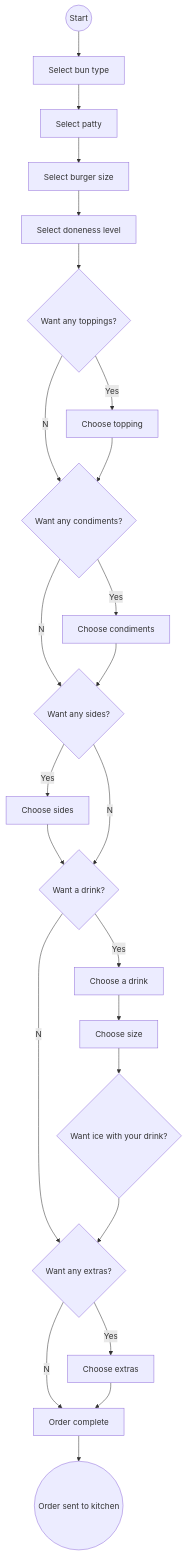
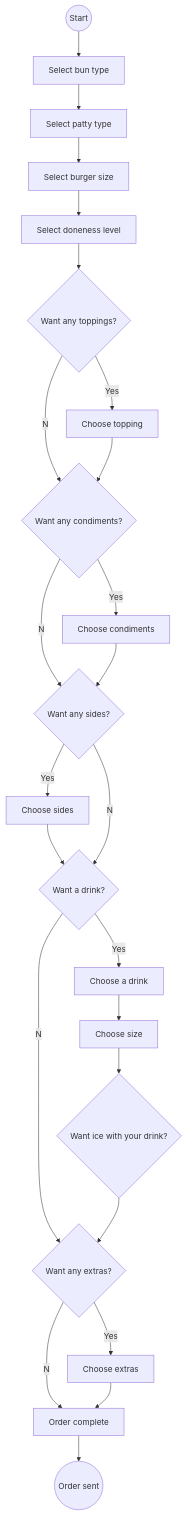
Before and after one commit to yusale9/student-showcase: the diagram in student-work/2023/Sergey-Boroditsky/api-final-project/readme.md, drawn with Mermaid.

````diff
--- a/student-work/2023/Sergey-Boroditsky/api-final-project/readme.md
+++ b/student-work/2023/Sergey-Boroditsky/api-final-project/readme.md
@@ -9,26 +9,26 @@
 ```mermaid
    flowchart TD
    A((Start))-->B[Select bun type]
-   B-->C[Select patty]
+   B-->C[Select patty type]
    C-->D[Select burger size]
    D-->E[Select doneness level]
    E-->F{Want any toppings?}
    F--No-->H{Want any condiments?}
    F--Yes-->G[Choose topping]
    G-->H{Want any condiments?}
    H--No-->J{Want any sides?>}
    H--Yes-->I[Choose condiments]
    I-->J{Want any sides?}
    J--Yes-->K[Choose sides]
    K-->L{Want a drink?}
    J--No-->L{Want a drink?}
    L--Yes-->M[Choose a drink]
    M-->N[Choose size]
    N-->O{Want ice with your drink?}
    L--No-->P{Want any extras?}
    O-->P{Want any extras?}
    P--Yes-->Q[Choose extras]
    P--No-->R[Order complete]
    Q-->R[Order complete]
-   R-->S((Order sent to kitchen))
+   R-->S((Order sent))
 ```
````
